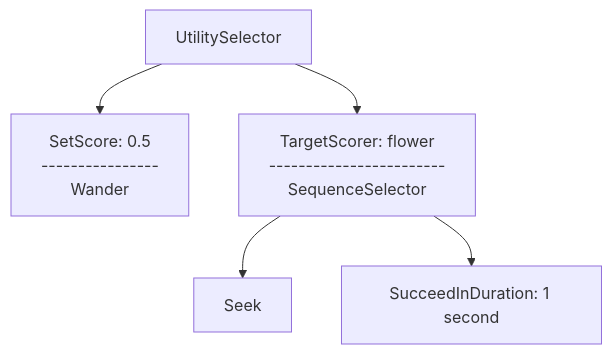
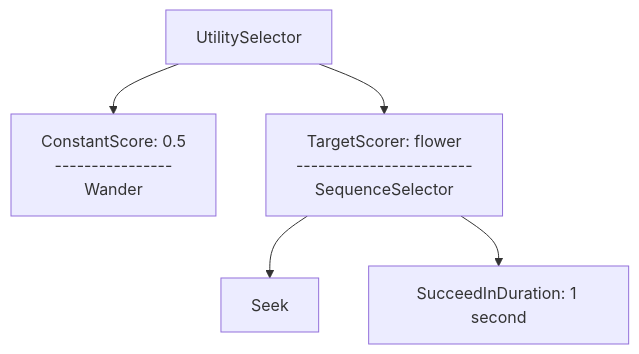
The diagram in docs/src/tutorial/concepts-example.md (mrchantey/beet), drawn with Mermaid before and after one commit. The commit also changed other lines of this file and 8 other files, not shown here.

Commit message:
refactor: SetScore -> ConstantScore

````diff
--- a/docs/src/tutorial/concepts-example.md
+++ b/docs/src/tutorial/concepts-example.md
@@ -6,21 +6,21 @@
 ```mermaid
 graph TB;
   A-->B;
   A-->C;
 	C-->D;
 	C-->E;
 
 A[UtilitySelector]
 B[
-	SetScore: 0.5
+	ConstantScore: 0.5
 	----------------
 	Wander
 ]
 C[
 	TargetScorer: flower
 	------------------------
 	SequenceSelector
 ]
 D[Seek]
 E[SucceedInDuration: 1 second]
 ```
````
